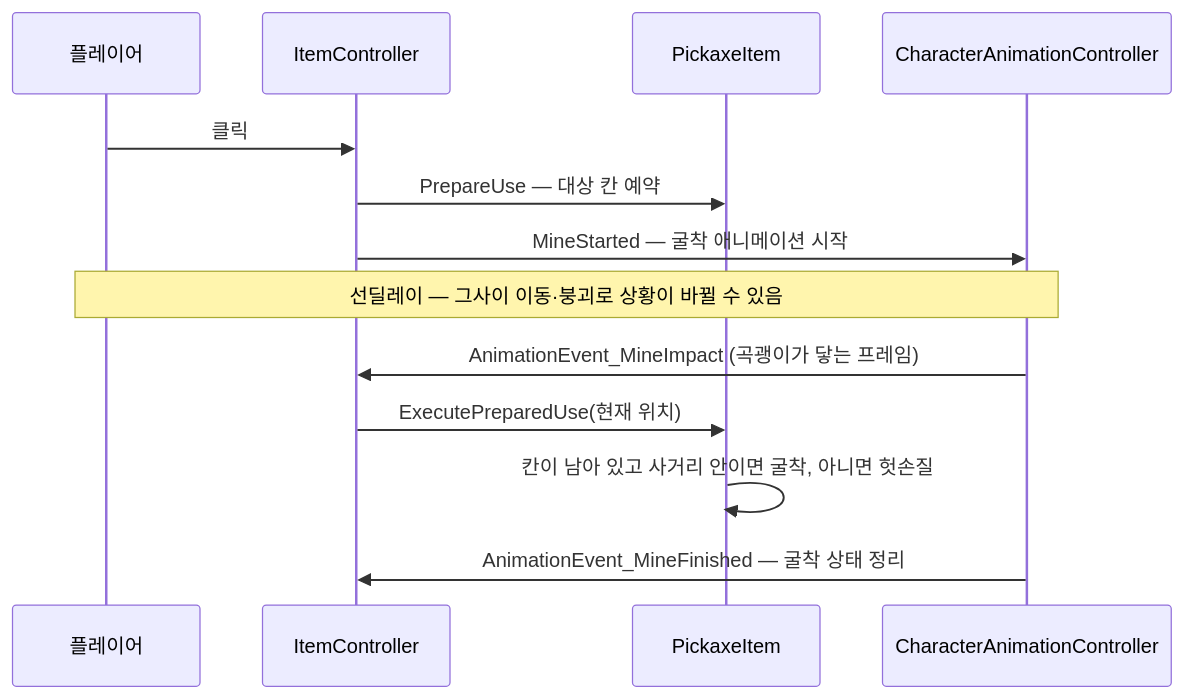
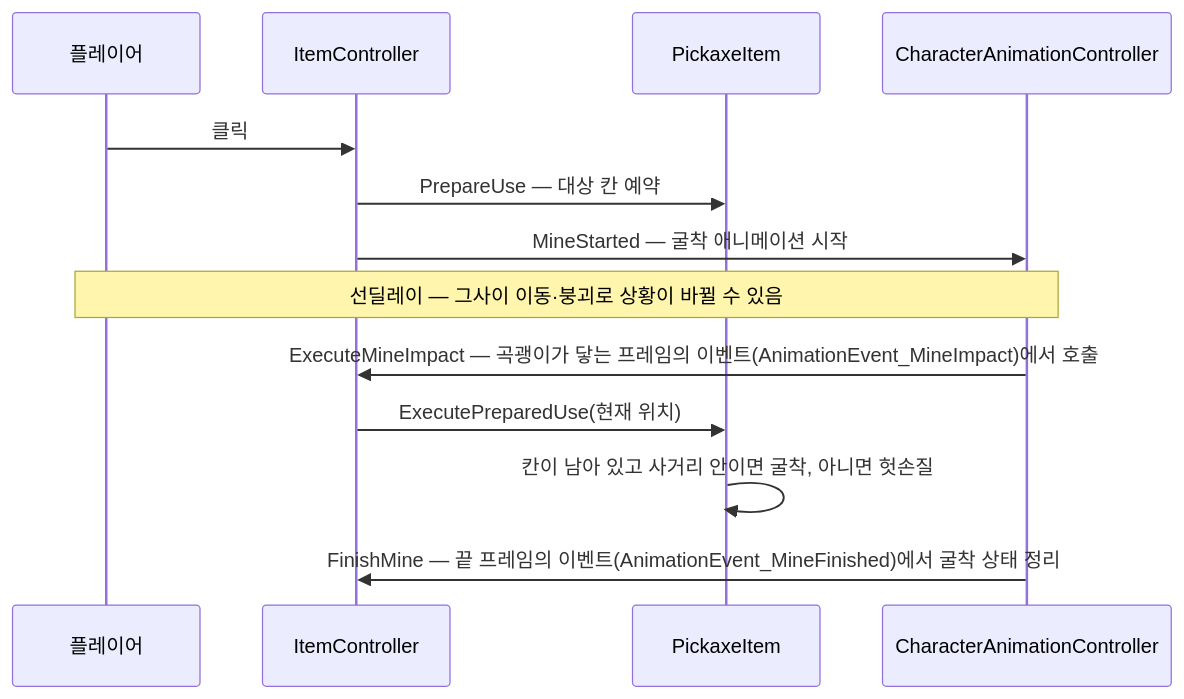
Before and after one commit to ashadeveloperr/ashadeveloperr.github.io: the third of 4 diagrams in src/1-folk-sack/기술문서.md, drawn with Mermaid. The commit also changed other lines of this file and 4 other files, not shown here.

````diff
--- a/src/1-folk-sack/기술문서.md
+++ b/src/1-folk-sack/기술문서.md
@@ -102,15 +103,15 @@
 ```mermaid
 sequenceDiagram
   participant P as 플레이어
   participant IC as ItemController
   participant PI as PickaxeItem
   participant CAC as CharacterAnimationController
   P->>IC: 클릭
   IC->>PI: PrepareUse — 대상 칸 예약
   IC->>CAC: MineStarted — 굴착 애니메이션 시작
   Note over P,CAC: 선딜레이 — 그사이 이동·붕괴로 상황이 바뀔 수 있음
-  CAC->>IC: AnimationEvent_MineImpact (곡괭이가 닿는 프레임)
+  CAC->>IC: ExecuteMineImpact — 곡괭이가 닿는 프레임의 이벤트(AnimationEvent_MineImpact)에서 호출
   IC->>PI: ExecutePreparedUse(현재 위치)
   PI->>PI: 칸이 남아 있고 사거리 안이면 굴착, 아니면 헛손질
-  CAC->>IC: AnimationEvent_MineFinished — 굴착 상태 정리
+  CAC->>IC: FinishMine — 끝 프레임의 이벤트(AnimationEvent_MineFinished)에서 굴착 상태 정리
 ```
````
